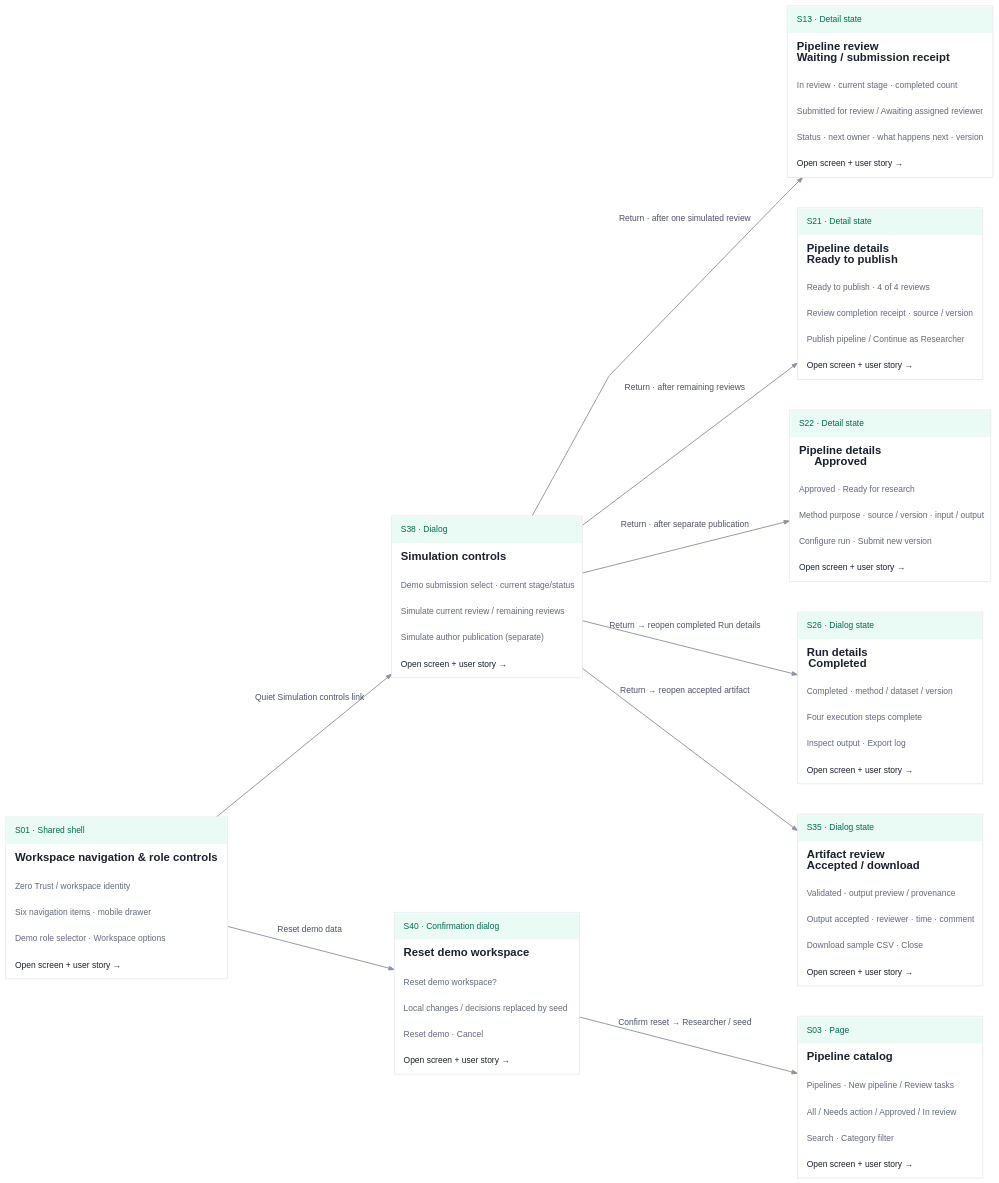
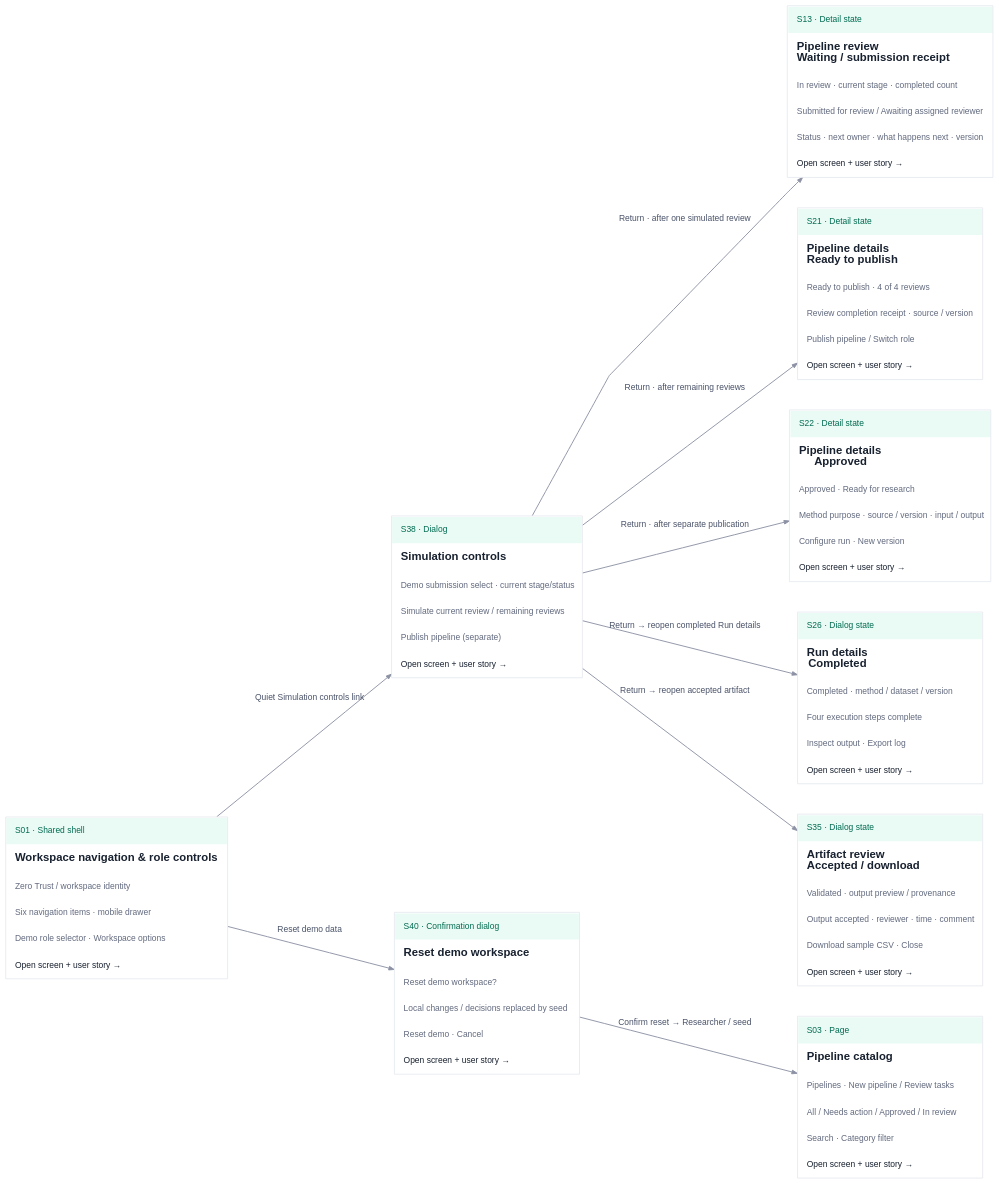
The diagram in public/mvp-flow-docs/flows/F11.dot (T-dotnet/Zero_trust), drawn with Graphviz before and after one commit. The commit also changed 52 other files, not shown here.

```diff
--- a/public/mvp-flow-docs/flows/F11.dot
+++ b/public/mvp-flow-docs/flows/F11.dot
@@ -1,22 +1,22 @@
 digraph flow {
 graph [rankdir=LR, bgcolor="transparent", pad="0.25", nodesep="0.6", ranksep="1.05", splines=polyline, outputorder=edgesfirst];
 node [shape=plain, fontname="Arial"];
 edge [color="#8c91a4", fontcolor="#495268", fontname="Arial", fontsize=12, arrowsize=0.75, penwidth=1.3];
 S01 [id="node-S01", href="#screen=S01&journey=F11", tooltip="Workspace navigation & role controls", label=<<TABLE BORDER="1" COLOR="#e0e4ec" CELLBORDER="0" CELLSPACING="0" CELLPADDING="12" BGCOLOR="white"><TR><TD ALIGN="LEFT" WIDTH="260" BGCOLOR="#eafbf5"><FONT POINT-SIZE="12" COLOR="#006b50">S01 · Shared shell</FONT></TD></TR><TR><TD ALIGN="LEFT"><FONT POINT-SIZE="16" COLOR="#18212f"><B>Workspace navigation &amp; role controls</B></FONT></TD></TR><TR><TD ALIGN="LEFT"><FONT POINT-SIZE="12" COLOR="#626a7e">Zero Trust / workspace identity</FONT></TD></TR><TR><TD ALIGN="LEFT"><FONT POINT-SIZE="12" COLOR="#626a7e">Six navigation items · mobile drawer</FONT></TD></TR><TR><TD ALIGN="LEFT"><FONT POINT-SIZE="12" COLOR="#626a7e">Demo role selector · Workspace options</FONT></TD></TR><TR><TD ALIGN="LEFT"><FONT POINT-SIZE="12" COLOR="#18212f">Open screen + user story →</FONT></TD></TR></TABLE>>];
-S38 [id="node-S38", href="#screen=S38&journey=F11", tooltip="Simulation controls", label=<<TABLE BORDER="1" COLOR="#e0e4ec" CELLBORDER="0" CELLSPACING="0" CELLPADDING="12" BGCOLOR="white"><TR><TD ALIGN="LEFT" WIDTH="260" BGCOLOR="#eafbf5"><FONT POINT-SIZE="12" COLOR="#006b50">S38 · Dialog</FONT></TD></TR><TR><TD ALIGN="LEFT"><FONT POINT-SIZE="16" COLOR="#18212f"><B>Simulation controls</B></FONT></TD></TR><TR><TD ALIGN="LEFT"><FONT POINT-SIZE="12" COLOR="#626a7e">Demo submission select · current stage/status</FONT></TD></TR><TR><TD ALIGN="LEFT"><FONT POINT-SIZE="12" COLOR="#626a7e">Simulate current review / remaining reviews</FONT></TD></TR><TR><TD ALIGN="LEFT"><FONT POINT-SIZE="12" COLOR="#626a7e">Simulate author publication (separate)</FONT></TD></TR><TR><TD ALIGN="LEFT"><FONT POINT-SIZE="12" COLOR="#18212f">Open screen + user story →</FONT></TD></TR></TABLE>>];
+S38 [id="node-S38", href="#screen=S38&journey=F11", tooltip="Simulation controls", label=<<TABLE BORDER="1" COLOR="#e0e4ec" CELLBORDER="0" CELLSPACING="0" CELLPADDING="12" BGCOLOR="white"><TR><TD ALIGN="LEFT" WIDTH="260" BGCOLOR="#eafbf5"><FONT POINT-SIZE="12" COLOR="#006b50">S38 · Dialog</FONT></TD></TR><TR><TD ALIGN="LEFT"><FONT POINT-SIZE="16" COLOR="#18212f"><B>Simulation controls</B></FONT></TD></TR><TR><TD ALIGN="LEFT"><FONT POINT-SIZE="12" COLOR="#626a7e">Demo submission select · current stage/status</FONT></TD></TR><TR><TD ALIGN="LEFT"><FONT POINT-SIZE="12" COLOR="#626a7e">Simulate current review / remaining reviews</FONT></TD></TR><TR><TD ALIGN="LEFT"><FONT POINT-SIZE="12" COLOR="#626a7e">Publish pipeline (separate)</FONT></TD></TR><TR><TD ALIGN="LEFT"><FONT POINT-SIZE="12" COLOR="#18212f">Open screen + user story →</FONT></TD></TR></TABLE>>];
 S13 [id="node-S13", href="#screen=S13&journey=F11", tooltip="Pipeline review · Waiting / submission receipt", label=<<TABLE BORDER="1" COLOR="#e0e4ec" CELLBORDER="0" CELLSPACING="0" CELLPADDING="12" BGCOLOR="white"><TR><TD ALIGN="LEFT" WIDTH="260" BGCOLOR="#eafbf5"><FONT POINT-SIZE="12" COLOR="#006b50">S13 · Detail state</FONT></TD></TR><TR><TD ALIGN="LEFT"><FONT POINT-SIZE="16" COLOR="#18212f"><B>Pipeline review<BR ALIGN="LEFT"/>Waiting / submission receipt</B></FONT></TD></TR><TR><TD ALIGN="LEFT"><FONT POINT-SIZE="12" COLOR="#626a7e">In review · current stage · completed count</FONT></TD></TR><TR><TD ALIGN="LEFT"><FONT POINT-SIZE="12" COLOR="#626a7e">Submitted for review / Awaiting assigned reviewer</FONT></TD></TR><TR><TD ALIGN="LEFT"><FONT POINT-SIZE="12" COLOR="#626a7e">Status · next owner · what happens next · version</FONT></TD></TR><TR><TD ALIGN="LEFT"><FONT POINT-SIZE="12" COLOR="#18212f">Open screen + user story →</FONT></TD></TR></TABLE>>];
-S21 [id="node-S21", href="#screen=S21&journey=F11", tooltip="Pipeline details · Ready to publish", label=<<TABLE BORDER="1" COLOR="#e0e4ec" CELLBORDER="0" CELLSPACING="0" CELLPADDING="12" BGCOLOR="white"><TR><TD ALIGN="LEFT" WIDTH="260" BGCOLOR="#eafbf5"><FONT POINT-SIZE="12" COLOR="#006b50">S21 · Detail state</FONT></TD></TR><TR><TD ALIGN="LEFT"><FONT POINT-SIZE="16" COLOR="#18212f"><B>Pipeline details<BR ALIGN="LEFT"/>Ready to publish</B></FONT></TD></TR><TR><TD ALIGN="LEFT"><FONT POINT-SIZE="12" COLOR="#626a7e">Ready to publish · 4 of 4 reviews</FONT></TD></TR><TR><TD ALIGN="LEFT"><FONT POINT-SIZE="12" COLOR="#626a7e">Review completion receipt · source / version</FONT></TD></TR><TR><TD ALIGN="LEFT"><FONT POINT-SIZE="12" COLOR="#626a7e">Publish pipeline / Continue as Researcher</FONT></TD></TR><TR><TD ALIGN="LEFT"><FONT POINT-SIZE="12" COLOR="#18212f">Open screen + user story →</FONT></TD></TR></TABLE>>];
-S22 [id="node-S22", href="#screen=S22&journey=F11", tooltip="Pipeline details · Approved", label=<<TABLE BORDER="1" COLOR="#e0e4ec" CELLBORDER="0" CELLSPACING="0" CELLPADDING="12" BGCOLOR="white"><TR><TD ALIGN="LEFT" WIDTH="260" BGCOLOR="#eafbf5"><FONT POINT-SIZE="12" COLOR="#006b50">S22 · Detail state</FONT></TD></TR><TR><TD ALIGN="LEFT"><FONT POINT-SIZE="16" COLOR="#18212f"><B>Pipeline details<BR ALIGN="LEFT"/>Approved</B></FONT></TD></TR><TR><TD ALIGN="LEFT"><FONT POINT-SIZE="12" COLOR="#626a7e">Approved · Ready for research</FONT></TD></TR><TR><TD ALIGN="LEFT"><FONT POINT-SIZE="12" COLOR="#626a7e">Method purpose · source / version · input / output</FONT></TD></TR><TR><TD ALIGN="LEFT"><FONT POINT-SIZE="12" COLOR="#626a7e">Configure run · Submit new version</FONT></TD></TR><TR><TD ALIGN="LEFT"><FONT POINT-SIZE="12" COLOR="#18212f">Open screen + user story →</FONT></TD></TR></TABLE>>];
+S21 [id="node-S21", href="#screen=S21&journey=F11", tooltip="Pipeline details · Ready to publish", label=<<TABLE BORDER="1" COLOR="#e0e4ec" CELLBORDER="0" CELLSPACING="0" CELLPADDING="12" BGCOLOR="white"><TR><TD ALIGN="LEFT" WIDTH="260" BGCOLOR="#eafbf5"><FONT POINT-SIZE="12" COLOR="#006b50">S21 · Detail state</FONT></TD></TR><TR><TD ALIGN="LEFT"><FONT POINT-SIZE="16" COLOR="#18212f"><B>Pipeline details<BR ALIGN="LEFT"/>Ready to publish</B></FONT></TD></TR><TR><TD ALIGN="LEFT"><FONT POINT-SIZE="12" COLOR="#626a7e">Ready to publish · 4 of 4 reviews</FONT></TD></TR><TR><TD ALIGN="LEFT"><FONT POINT-SIZE="12" COLOR="#626a7e">Review completion receipt · source / version</FONT></TD></TR><TR><TD ALIGN="LEFT"><FONT POINT-SIZE="12" COLOR="#626a7e">Publish pipeline / Switch role</FONT></TD></TR><TR><TD ALIGN="LEFT"><FONT POINT-SIZE="12" COLOR="#18212f">Open screen + user story →</FONT></TD></TR></TABLE>>];
+S22 [id="node-S22", href="#screen=S22&journey=F11", tooltip="Pipeline details · Approved", label=<<TABLE BORDER="1" COLOR="#e0e4ec" CELLBORDER="0" CELLSPACING="0" CELLPADDING="12" BGCOLOR="white"><TR><TD ALIGN="LEFT" WIDTH="260" BGCOLOR="#eafbf5"><FONT POINT-SIZE="12" COLOR="#006b50">S22 · Detail state</FONT></TD></TR><TR><TD ALIGN="LEFT"><FONT POINT-SIZE="16" COLOR="#18212f"><B>Pipeline details<BR ALIGN="LEFT"/>Approved</B></FONT></TD></TR><TR><TD ALIGN="LEFT"><FONT POINT-SIZE="12" COLOR="#626a7e">Approved · Ready for research</FONT></TD></TR><TR><TD ALIGN="LEFT"><FONT POINT-SIZE="12" COLOR="#626a7e">Method purpose · source / version · input / output</FONT></TD></TR><TR><TD ALIGN="LEFT"><FONT POINT-SIZE="12" COLOR="#626a7e">Configure run · New version</FONT></TD></TR><TR><TD ALIGN="LEFT"><FONT POINT-SIZE="12" COLOR="#18212f">Open screen + user story →</FONT></TD></TR></TABLE>>];
 S26 [id="node-S26", href="#screen=S26&journey=F11", tooltip="Run details · Completed", label=<<TABLE BORDER="1" COLOR="#e0e4ec" CELLBORDER="0" CELLSPACING="0" CELLPADDING="12" BGCOLOR="white"><TR><TD ALIGN="LEFT" WIDTH="260" BGCOLOR="#eafbf5"><FONT POINT-SIZE="12" COLOR="#006b50">S26 · Dialog state</FONT></TD></TR><TR><TD ALIGN="LEFT"><FONT POINT-SIZE="16" COLOR="#18212f"><B>Run details<BR ALIGN="LEFT"/>Completed</B></FONT></TD></TR><TR><TD ALIGN="LEFT"><FONT POINT-SIZE="12" COLOR="#626a7e">Completed · method / dataset / version</FONT></TD></TR><TR><TD ALIGN="LEFT"><FONT POINT-SIZE="12" COLOR="#626a7e">Four execution steps complete</FONT></TD></TR><TR><TD ALIGN="LEFT"><FONT POINT-SIZE="12" COLOR="#626a7e">Inspect output · Export log</FONT></TD></TR><TR><TD ALIGN="LEFT"><FONT POINT-SIZE="12" COLOR="#18212f">Open screen + user story →</FONT></TD></TR></TABLE>>];
 S35 [id="node-S35", href="#screen=S35&journey=F11", tooltip="Artifact review · Accepted / download", label=<<TABLE BORDER="1" COLOR="#e0e4ec" CELLBORDER="0" CELLSPACING="0" CELLPADDING="12" BGCOLOR="white"><TR><TD ALIGN="LEFT" WIDTH="260" BGCOLOR="#eafbf5"><FONT POINT-SIZE="12" COLOR="#006b50">S35 · Dialog state</FONT></TD></TR><TR><TD ALIGN="LEFT"><FONT POINT-SIZE="16" COLOR="#18212f"><B>Artifact review<BR ALIGN="LEFT"/>Accepted / download</B></FONT></TD></TR><TR><TD ALIGN="LEFT"><FONT POINT-SIZE="12" COLOR="#626a7e">Validated · output preview / provenance</FONT></TD></TR><TR><TD ALIGN="LEFT"><FONT POINT-SIZE="12" COLOR="#626a7e">Output accepted · reviewer · time · comment</FONT></TD></TR><TR><TD ALIGN="LEFT"><FONT POINT-SIZE="12" COLOR="#626a7e">Download sample CSV · Close</FONT></TD></TR><TR><TD ALIGN="LEFT"><FONT POINT-SIZE="12" COLOR="#18212f">Open screen + user story →</FONT></TD></TR></TABLE>>];
 S40 [id="node-S40", href="#screen=S40&journey=F11", tooltip="Reset demo workspace", label=<<TABLE BORDER="1" COLOR="#e0e4ec" CELLBORDER="0" CELLSPACING="0" CELLPADDING="12" BGCOLOR="white"><TR><TD ALIGN="LEFT" WIDTH="260" BGCOLOR="#eafbf5"><FONT POINT-SIZE="12" COLOR="#006b50">S40 · Confirmation dialog</FONT></TD></TR><TR><TD ALIGN="LEFT"><FONT POINT-SIZE="16" COLOR="#18212f"><B>Reset demo workspace</B></FONT></TD></TR><TR><TD ALIGN="LEFT"><FONT POINT-SIZE="12" COLOR="#626a7e">Reset demo workspace?</FONT></TD></TR><TR><TD ALIGN="LEFT"><FONT POINT-SIZE="12" COLOR="#626a7e">Local changes / decisions replaced by seed</FONT></TD></TR><TR><TD ALIGN="LEFT"><FONT POINT-SIZE="12" COLOR="#626a7e">Reset demo · Cancel</FONT></TD></TR><TR><TD ALIGN="LEFT"><FONT POINT-SIZE="12" COLOR="#18212f">Open screen + user story →</FONT></TD></TR></TABLE>>];
 S03 [id="node-S03", href="#screen=S03&journey=F11", tooltip="Pipeline catalog", label=<<TABLE BORDER="1" COLOR="#e0e4ec" CELLBORDER="0" CELLSPACING="0" CELLPADDING="12" BGCOLOR="white"><TR><TD ALIGN="LEFT" WIDTH="260" BGCOLOR="#eafbf5"><FONT POINT-SIZE="12" COLOR="#006b50">S03 · Page</FONT></TD></TR><TR><TD ALIGN="LEFT"><FONT POINT-SIZE="16" COLOR="#18212f"><B>Pipeline catalog</B></FONT></TD></TR><TR><TD ALIGN="LEFT"><FONT POINT-SIZE="12" COLOR="#626a7e">Pipelines · New pipeline / Review tasks</FONT></TD></TR><TR><TD ALIGN="LEFT"><FONT POINT-SIZE="12" COLOR="#626a7e">All / Needs action / Approved / In review</FONT></TD></TR><TR><TD ALIGN="LEFT"><FONT POINT-SIZE="12" COLOR="#626a7e">Search · Category filter</FONT></TD></TR><TR><TD ALIGN="LEFT"><FONT POINT-SIZE="12" COLOR="#18212f">Open screen + user story →</FONT></TD></TR></TABLE>>];
 S01 -> S38 [label="Quiet Simulation controls link", tooltip="Quiet Simulation controls link"];
 S38 -> S13 [label="Return · after one simulated review", tooltip="Return · after one simulated review"];
 S38 -> S21 [label="Return · after remaining reviews", tooltip="Return · after remaining reviews"];
 S38 -> S22 [label="Return · after separate publication", tooltip="Return · after separate publication"];
 S38 -> S26 [label="Return → reopen completed Run details", tooltip="Return → reopen completed Run details"];
 S38 -> S35 [label="Return → reopen accepted artifact", tooltip="Return → reopen accepted artifact"];
 S01 -> S40 [label="Reset demo data", tooltip="Reset demo data"];
 S40 -> S03 [label="Confirm reset → Researcher / seed", tooltip="Confirm reset → Researcher / seed"];
 }
```
